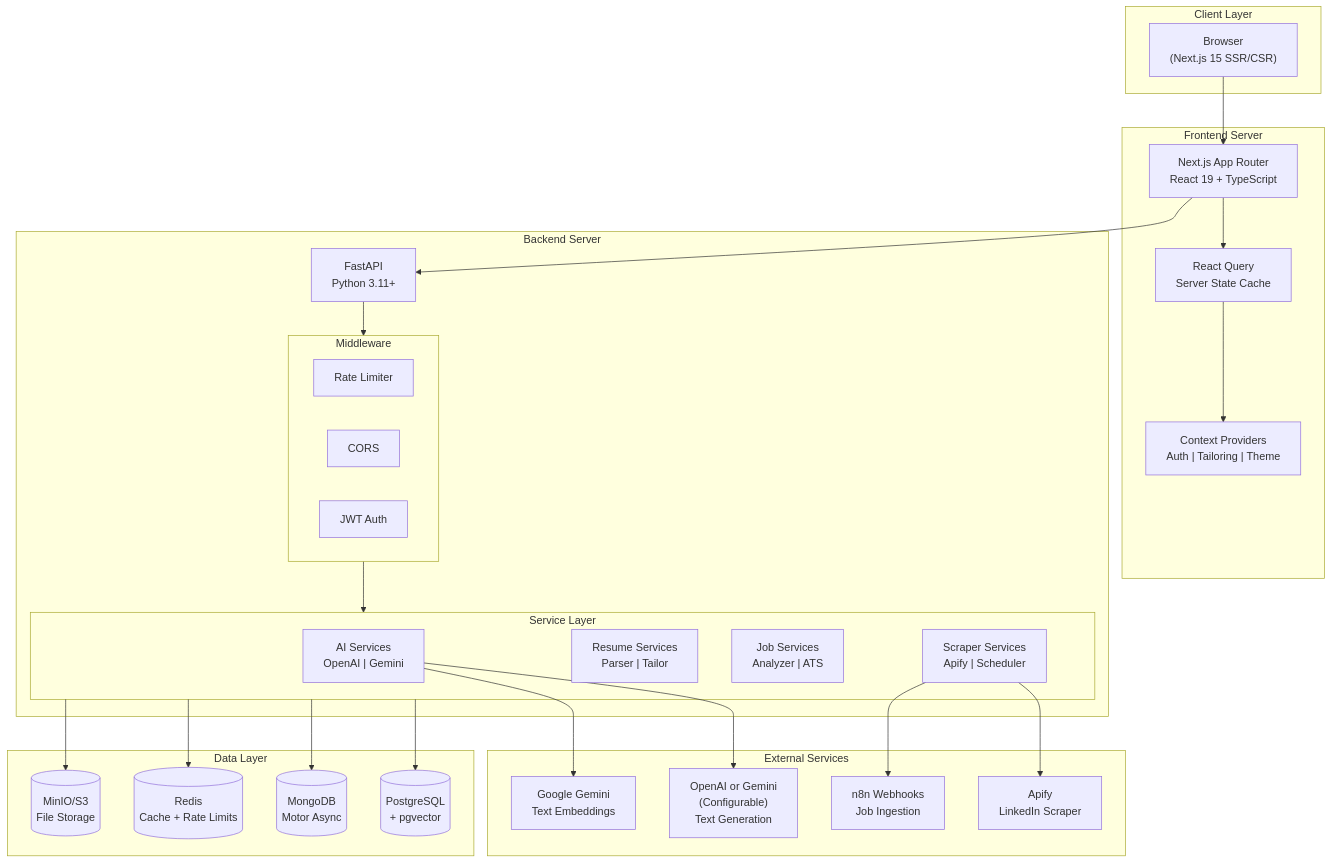
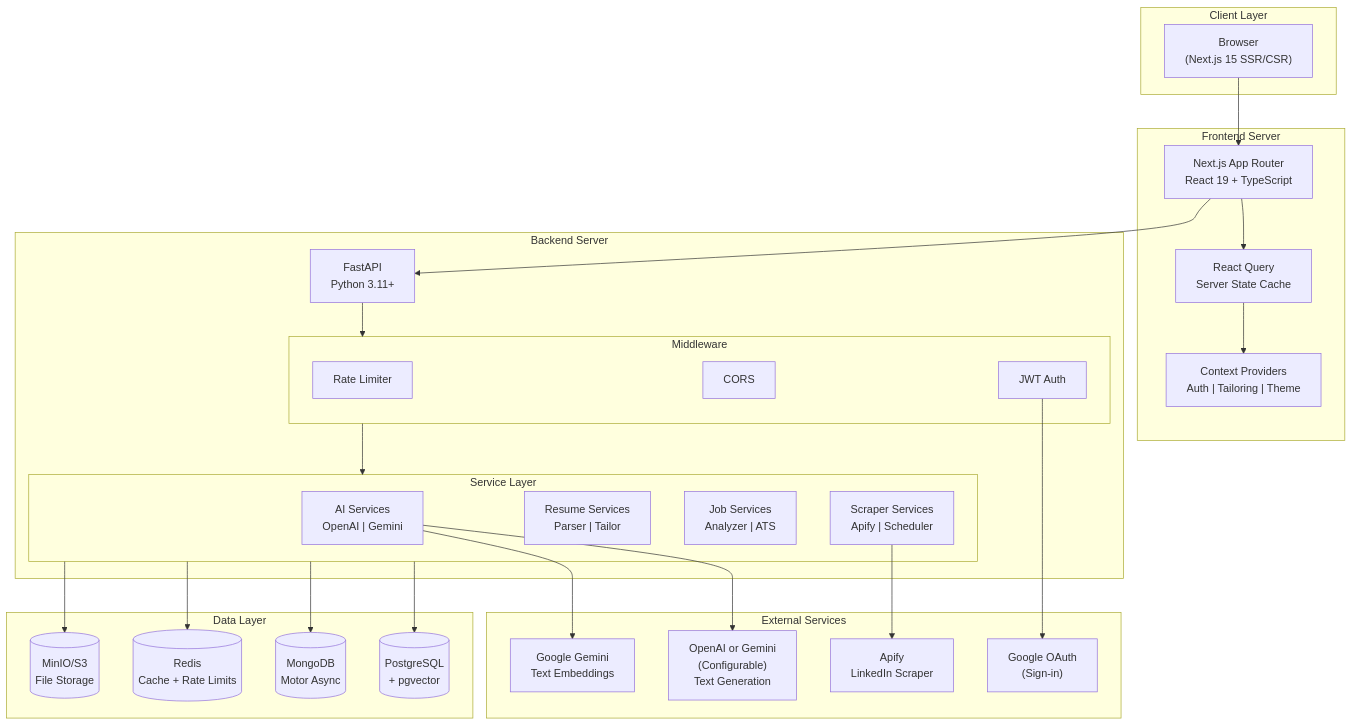
The first of 33 diagrams in docs/architecture/system-architecture.md (Sungchunn/AI-Resume-Tailor), drawn with Mermaid before and after one commit. The commit also changed other lines of this file, not shown here.

First line of the commit message:
docs: Refresh system-architecture to match current codebase

````diff
--- a/docs/architecture/system-architecture.md
+++ b/docs/architecture/system-architecture.md
@@ -40,59 +40,59 @@
 ```mermaid
 flowchart TB
     subgraph Client["Client Layer"]
         Browser["Browser<br/>(Next.js 15 SSR/CSR)"]
     end
 
     subgraph Frontend["Frontend Server"]
         NextJS["Next.js App Router<br/>React 19 + TypeScript"]
         RQ["React Query<br/>Server State Cache"]
         Contexts["Context Providers<br/>Auth | Tailoring | Theme"]
     end
 
     subgraph Backend["Backend Server"]
         FastAPI["FastAPI<br/>Python 3.11+"]
         subgraph Services["Service Layer"]
             AIServices["AI Services<br/>OpenAI | Gemini"]
             ResumeServices["Resume Services<br/>Parser | Tailor"]
             JobServices["Job Services<br/>Analyzer | ATS"]
             ScraperServices["Scraper Services<br/>Apify | Scheduler"]
         end
         subgraph Middleware["Middleware"]
             RateLimit["Rate Limiter"]
             CORS["CORS"]
             Auth["JWT Auth"]
         end
     end
 
     subgraph DataLayer["Data Layer"]
         PostgreSQL[(PostgreSQL<br/>+ pgvector)]
         MongoDB[(MongoDB<br/>Motor Async)]
         Redis[(Redis<br/>Cache + Rate Limits)]
         MinIO[(MinIO/S3<br/>File Storage)]
     end
 
     subgraph External["External Services"]
         AIProvider["OpenAI or Gemini<br/>(Configurable)<br/>Text Generation"]
         GeminiEmbed["Google Gemini<br/>Text Embeddings"]
         Apify["Apify<br/>LinkedIn Scraper"]
-        N8N["n8n Webhooks<br/>Job Ingestion"]
+        GoogleOAuth["Google OAuth<br/>(Sign-in)"]
     end
 
     Browser --> NextJS
     NextJS --> RQ
     RQ --> Contexts
     NextJS --> FastAPI
 
     FastAPI --> Middleware
     Middleware --> Services
 
     AIServices --> AIProvider
     AIServices --> GeminiEmbed
     ScraperServices --> Apify
-    ScraperServices --> N8N
+    Auth --> GoogleOAuth
 
     Services --> PostgreSQL
     Services --> MongoDB
     Services --> Redis
     Services --> MinIO
 ```
````
